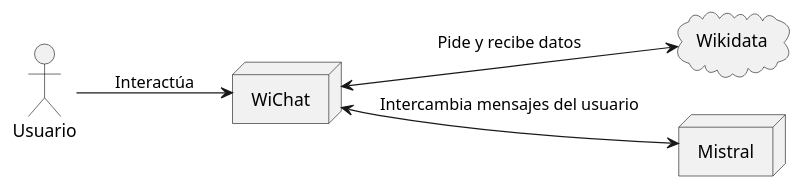
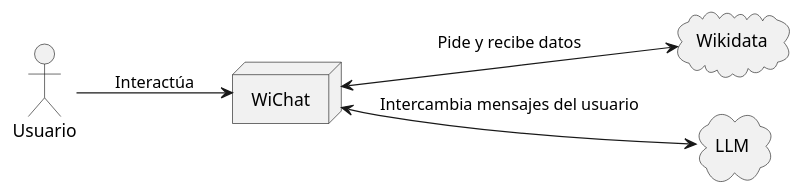
Before and after one commit to Arquisoft/wichat_es5b: the first of 2 diagrams in docs/src/03_context_and_scope.adoc, drawn with PlantUML. The commit also changed other lines of this file and 5 other files, not shown here.

```diff
--- a/docs/src/03_context_and_scope.adoc
+++ b/docs/src/03_context_and_scope.adoc
@@ -55,23 +55,23 @@
 [plantuml,"Contexto negocio",png]
 ----
 @startuml
 skinparam monochrome true
 left to right direction
 
 actor "Usuario"
 
 node "WiChat" {
 }
 
 cloud "Wikidata" {
 }
 
-node "Mistral" {
+cloud "LLM" {
 }
 
 "Usuario" --> "WiChat" : Interactúa
 "WiChat" <--> "Wikidata" : Pide y recibe datos
-"WiChat" <--> "Mistral" : Intercambia mensajes del usuario
+"WiChat" <--> "LLM" : Intercambia mensajes del usuario
 
 @enduml
 ----
```
